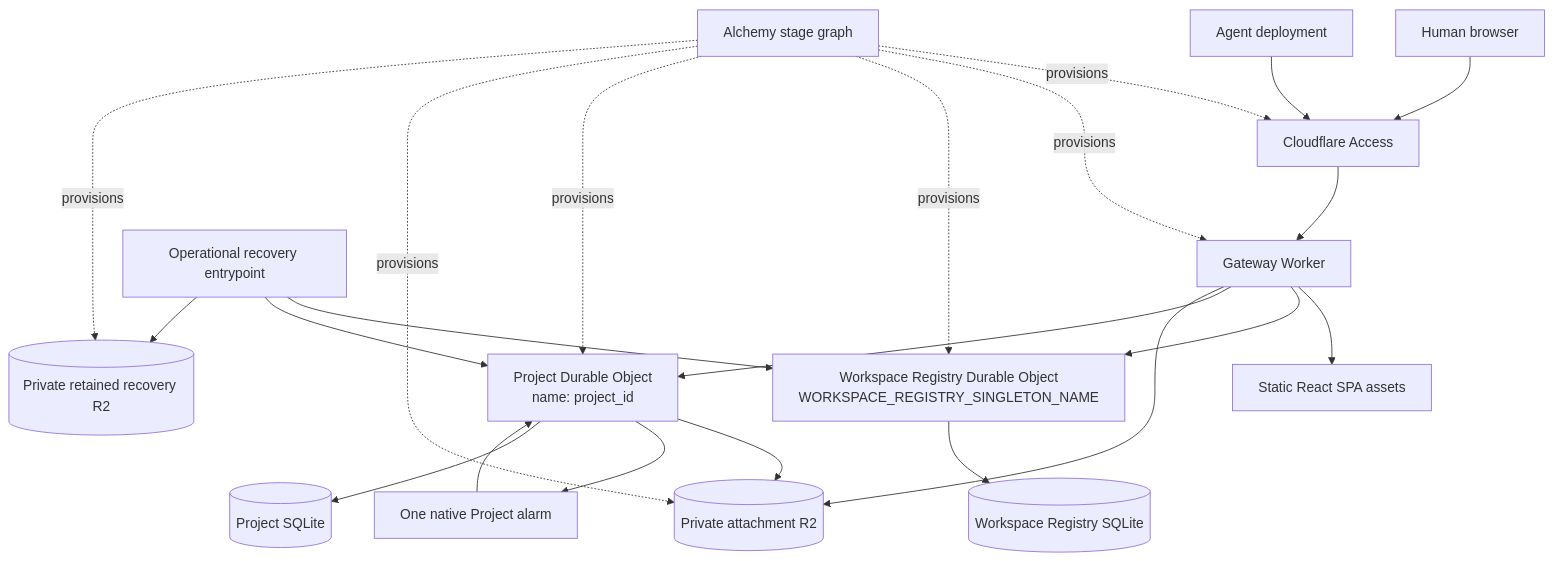
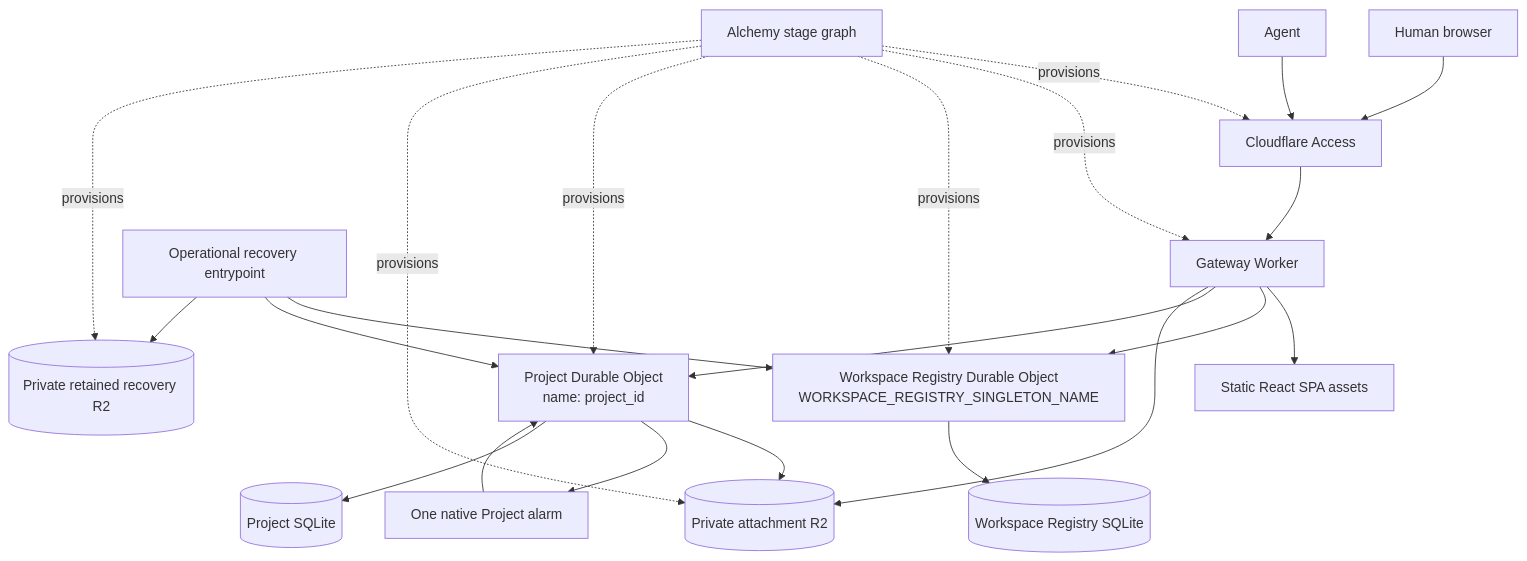
Before and after one commit to dmmulroy/overseer: the first of 6 diagrams in docs/adr/0001-mvp-system-architecture.md, drawn with Mermaid. The commit also changed other lines of this file and 12 other files, not shown here.

````diff
--- a/docs/adr/0001-mvp-system-architecture.md
+++ b/docs/adr/0001-mvp-system-architecture.md
@@ -47,24 +47,24 @@
 ```mermaid
 flowchart TB
   Human[Human browser] --> Access[Cloudflare Access]
-  Agent[Agent deployment] --> Access
+  Agent[Agent] --> Access
   Access --> Gateway[Gateway Worker]
   Gateway --> Assets[Static React SPA assets]
   Gateway --> WorkspaceRegistry[Workspace Registry Durable Object\nWORKSPACE_REGISTRY_SINGLETON_NAME]
   Gateway --> Project[Project Durable Object\nname: project_id]
   Gateway --> Attachments[(Private attachment R2)]
   Project --> Attachments
   Project --> Alarm[One native Project alarm]
   Alarm --> Project
   Operations[Operational recovery entrypoint] --> WorkspaceRegistry
   Operations --> Project
   Operations --> Recovery[(Private retained recovery R2)]
   WorkspaceRegistry --> WorkspaceRegistrySql[(Workspace Registry SQLite)]
   Project --> ProjectSql[(Project SQLite)]
   Alchemy[Alchemy stage graph] -. provisions .-> Access
   Alchemy -. provisions .-> Gateway
   Alchemy -. provisions .-> WorkspaceRegistry
   Alchemy -. provisions .-> Project
   Alchemy -. provisions .-> Attachments
   Alchemy -. provisions .-> Recovery
 ```
````
